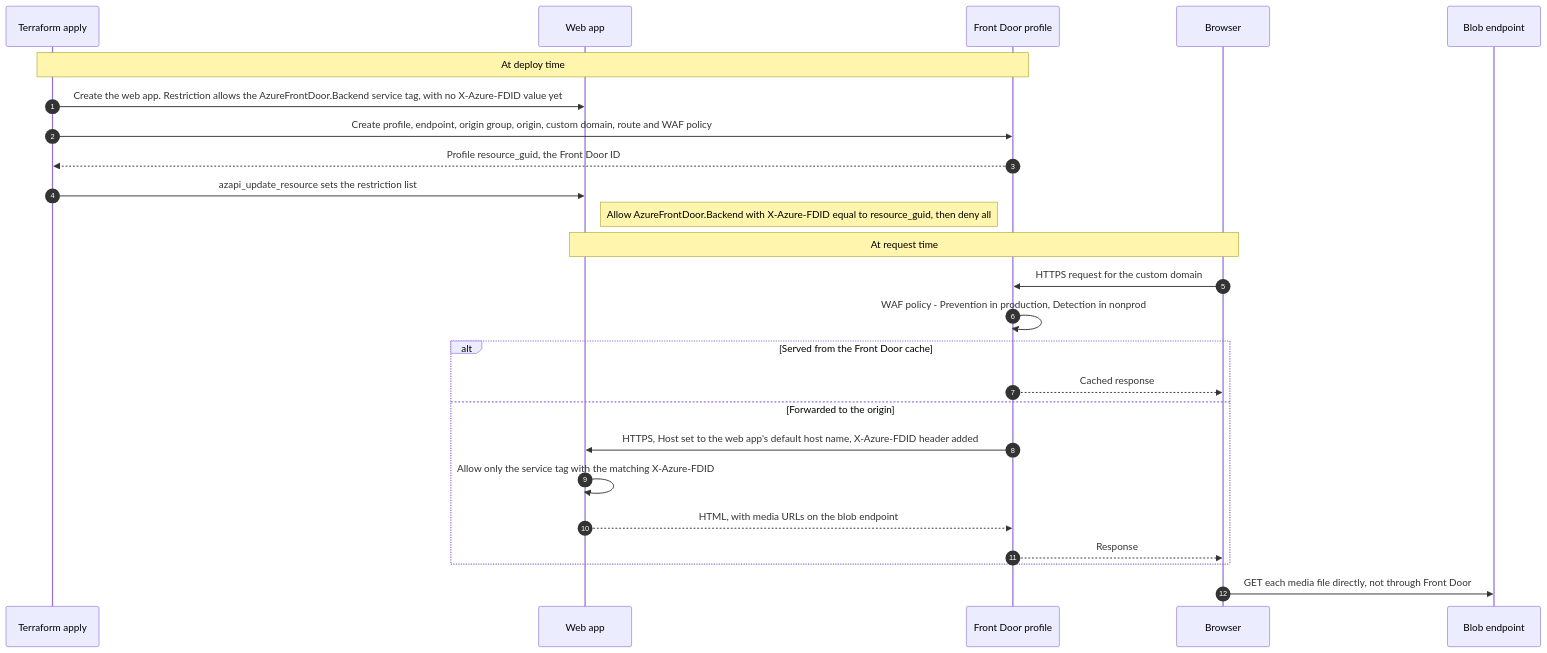
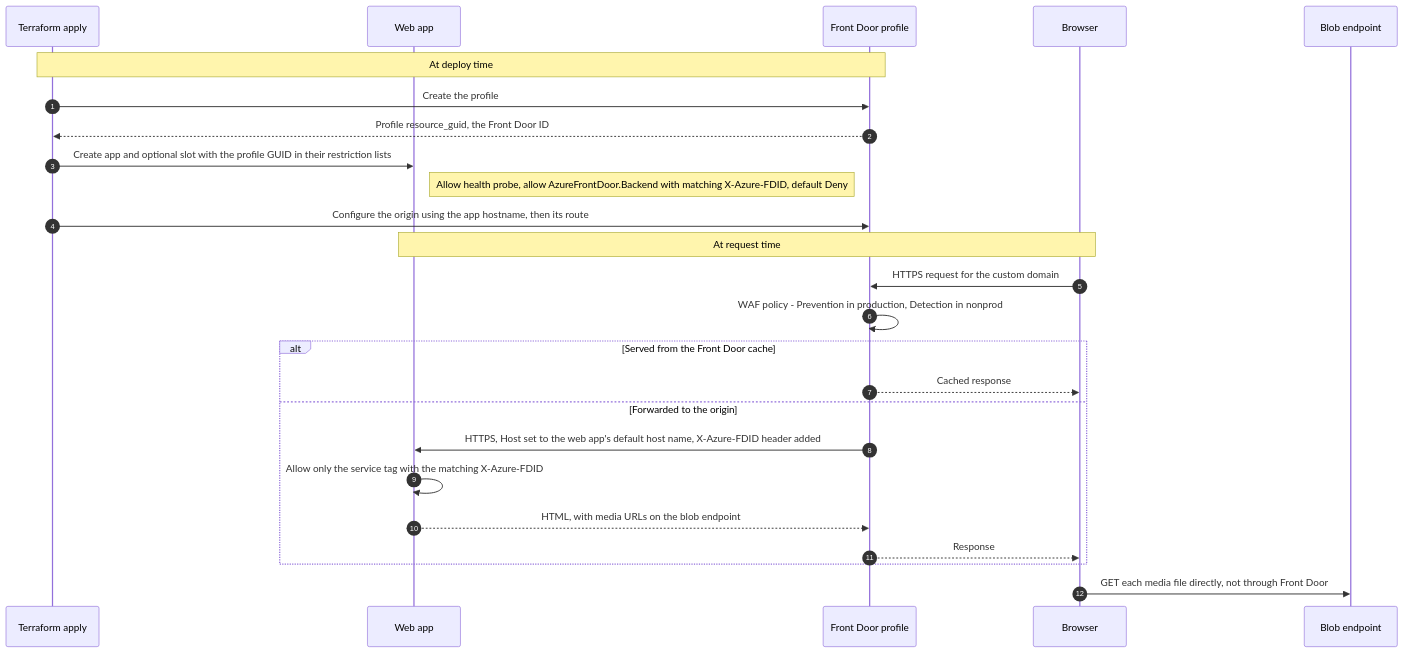
Before and after one commit to agenticcodingops/azure-wordpress: the fourth of 7 diagrams in docs/architecture.md, drawn with Mermaid. The commit also changed other lines of this file and 9 other files, not shown here.

First line of the commit message:
fix(wordpress-site): give each origin restriction list one owner (#167)

````diff
--- a/docs/architecture.md
+++ b/docs/architecture.md
@@ -297,28 +303,28 @@
 ```mermaid
 sequenceDiagram
     autonumber
     participant TF as Terraform apply
     participant App as Web app
     participant AFD as Front Door profile
     participant B as Browser
     participant Blob as Blob endpoint
 
     Note over TF,AFD: At deploy time
-    TF->>App: Create the web app. Restriction allows the AzureFrontDoor.Backend service tag, with no X-Azure-FDID value yet
-    TF->>AFD: Create profile, endpoint, origin group, origin, custom domain, route and WAF policy
+    TF->>AFD: Create the profile
     AFD-->>TF: Profile resource_guid, the Front Door ID
-    TF->>App: azapi_update_resource sets the restriction list
-    Note right of App: Allow AzureFrontDoor.Backend with X-Azure-FDID equal to resource_guid, then deny all
+    TF->>App: Create app and optional slot with the profile GUID in their restriction lists
+    Note right of App: Allow health probe, allow AzureFrontDoor.Backend with matching X-Azure-FDID, default Deny
+    TF->>AFD: Configure the origin using the app hostname, then its route
     Note over B,App: At request time
     B->>AFD: HTTPS request for the custom domain
     AFD->>AFD: WAF policy - Prevention in production, Detection in nonprod
     alt Served from the Front Door cache
         AFD-->>B: Cached response
     else Forwarded to the origin
         AFD->>App: HTTPS, Host set to the web app's default host name, X-Azure-FDID header added
         App->>App: Allow only the service tag with the matching X-Azure-FDID
         App-->>AFD: HTML, with media URLs on the blob endpoint
         AFD-->>B: Response
     end
     B->>Blob: GET each media file directly, not through Front Door
 ```
````
